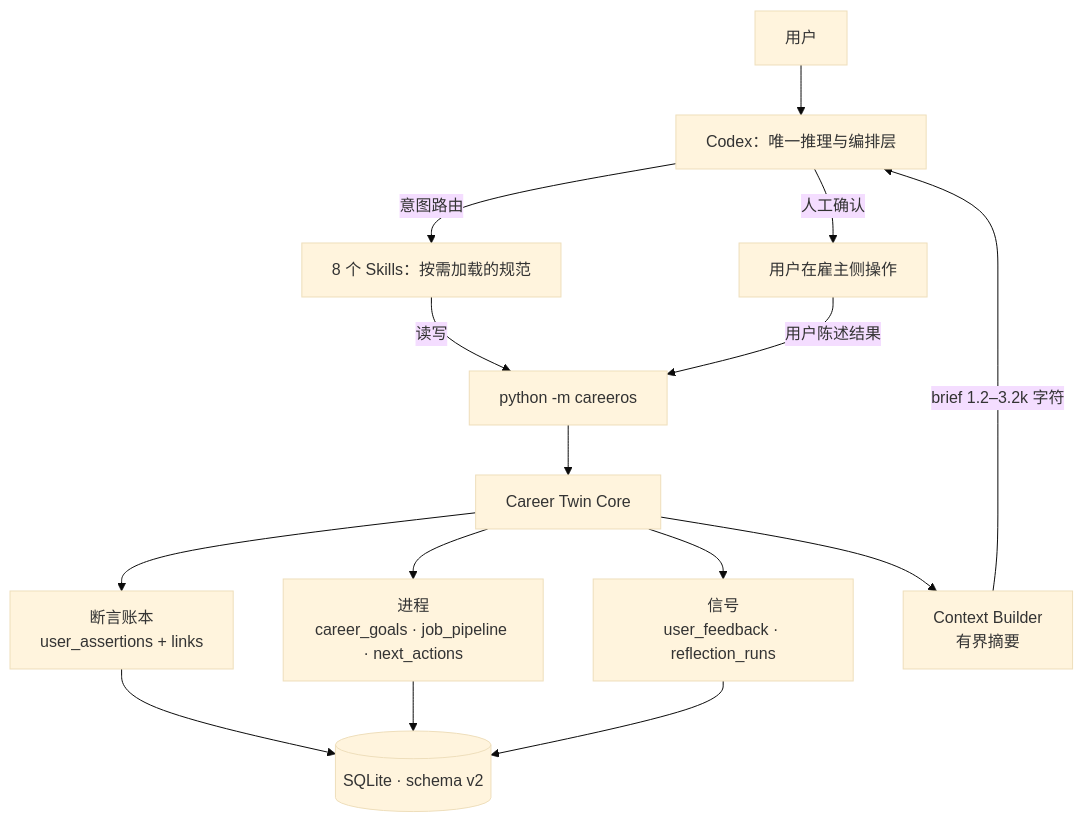
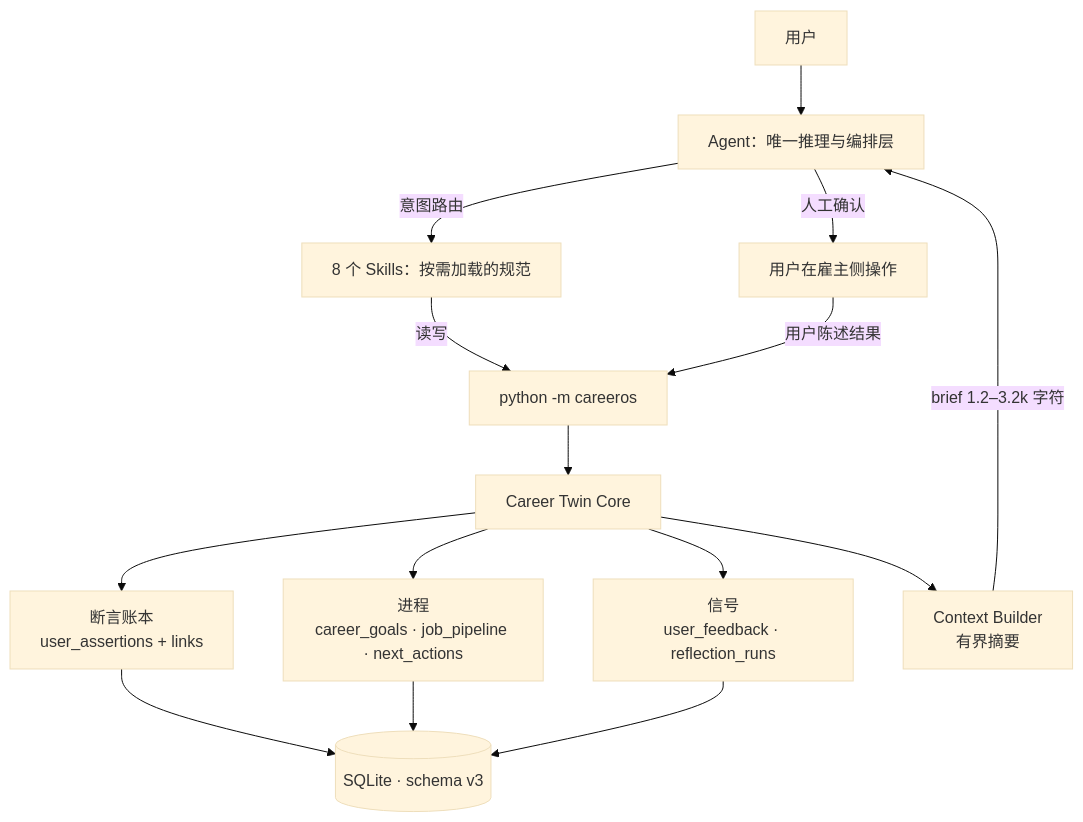
The diagram in docs/CAREER_TWIN_CORE_ARCHITECTURE.md (thituongh699-hash/oriward), drawn with Mermaid (base theme) before and after one commit. The commit also changed other lines of this file and 51 other files, not shown here.

````diff
--- a/docs/CAREER_TWIN_CORE_ARCHITECTURE.md
+++ b/docs/CAREER_TWIN_CORE_ARCHITECTURE.md
@@ -49,17 +49,17 @@
 ```mermaid
 flowchart TD
-  U[用户] --> C[Codex：唯一推理与编排层]
+  U[用户] --> C[Agent：唯一推理与编排层]
   C -->|意图路由| S[8 个 Skills：按需加载的规范]
   S -->|读写| CLI[python -m careeros]
   CLI --> CORE[Career Twin Core]
   CORE --> A[断言账本<br/>user_assertions + links]
   CORE --> P[进程<br/>career_goals · job_pipeline · next_actions]
   CORE --> F[信号<br/>user_feedback · reflection_runs]
   CORE --> CTX[Context Builder<br/>有界摘要]
   CTX -->|brief 1.2–3.2k 字符| C
-  A --> DB[(SQLite · schema v2)]
+  A --> DB[(SQLite · schema v3)]
   P --> DB
   F --> DB
   C -->|人工确认| H[用户在雇主侧操作]
   H -->|用户陈述结果| CLI
 ```
````
